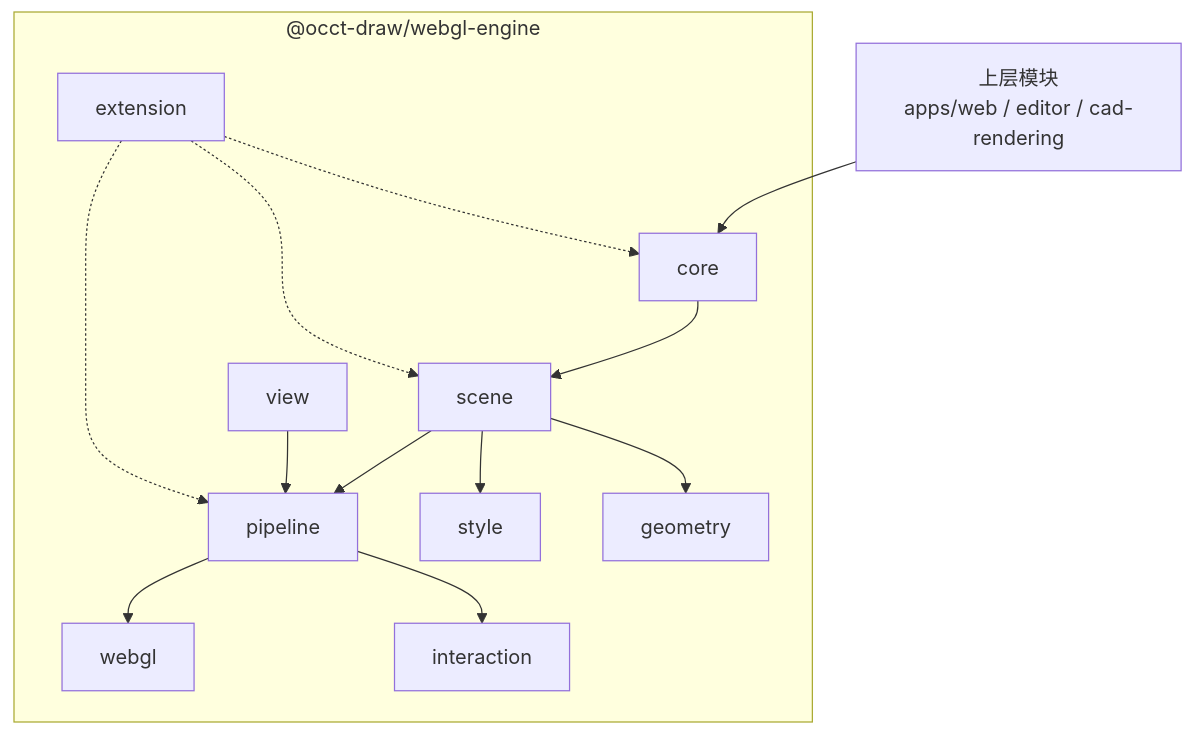
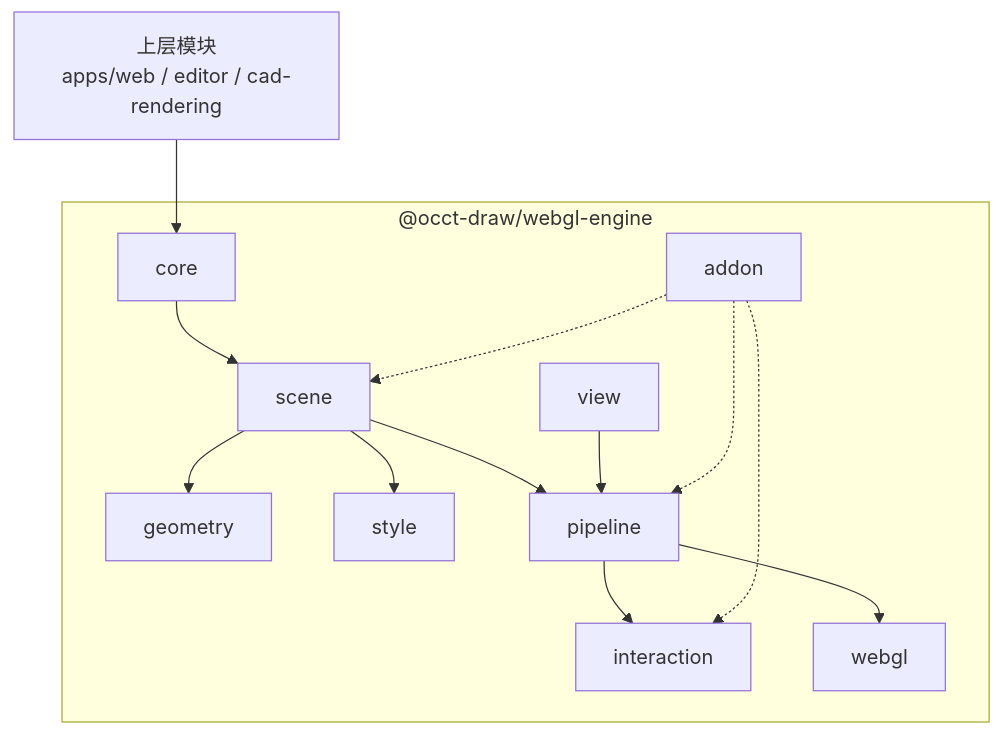
The diagram in docs/webgl引擎架构设计.md (genewanggang-sudo/occt-draw-web), drawn with Mermaid before and after one commit. The commit also changed other lines of this file, not shown here.

````diff
--- a/docs/webgl引擎架构设计.md
+++ b/docs/webgl引擎架构设计.md
@@ -5,29 +5,29 @@
 ```mermaid
 flowchart TB
     App["上层模块<br/>apps/web / editor / cad-rendering"]
 
     subgraph Engine["@occt-draw/webgl-engine"]
         Core["core"]
         Scene["scene"]
         Geometry["geometry"]
         Style["style"]
         View["view"]
         Pipeline["pipeline"]
         Interaction["interaction"]
         WebGL["webgl"]
-        Extension["extension"]
+        Addon["addon"]
 
         Core --> Scene
         Scene --> Geometry
         Scene --> Style
         Scene --> Pipeline
         View --> Pipeline
         Pipeline --> Interaction
         Pipeline --> WebGL
-        Extension -.-> Core
-        Extension -.-> Scene
-        Extension -.-> Pipeline
+        Addon -.-> Scene
+        Addon -.-> Pipeline
+        Addon -.-> Interaction
     end
 
     App --> Core
 ```
````
